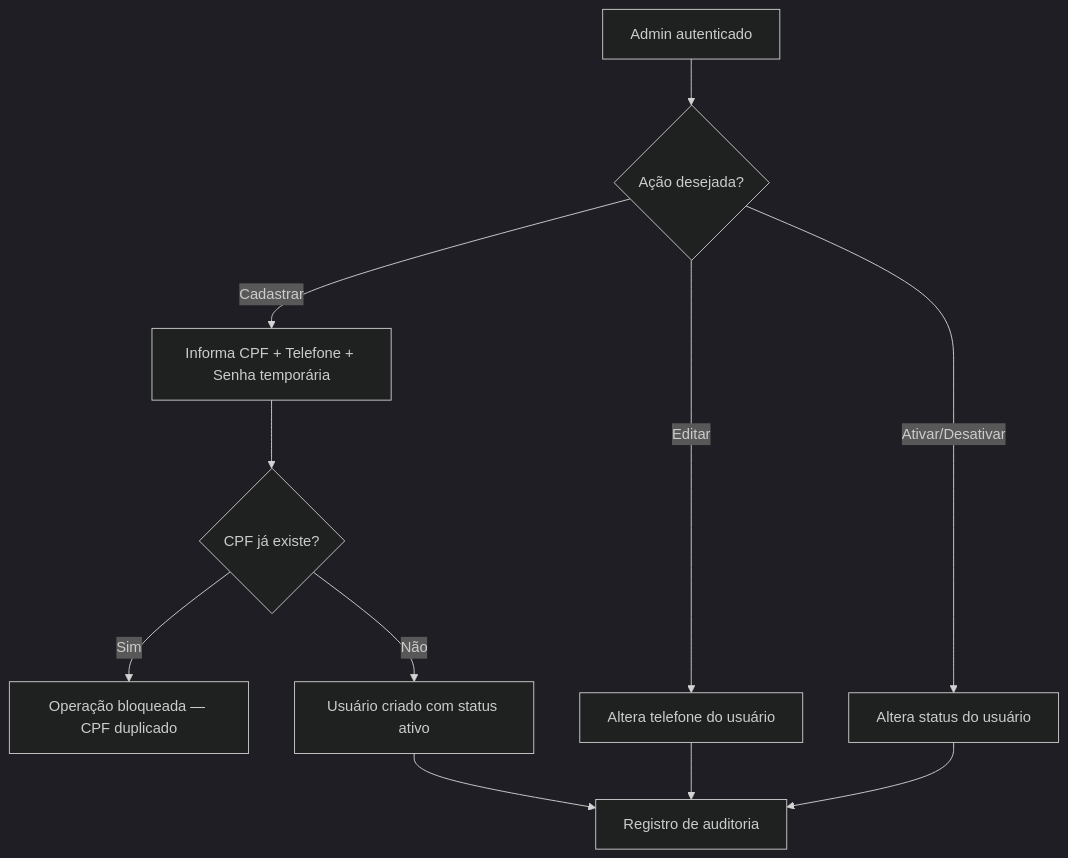
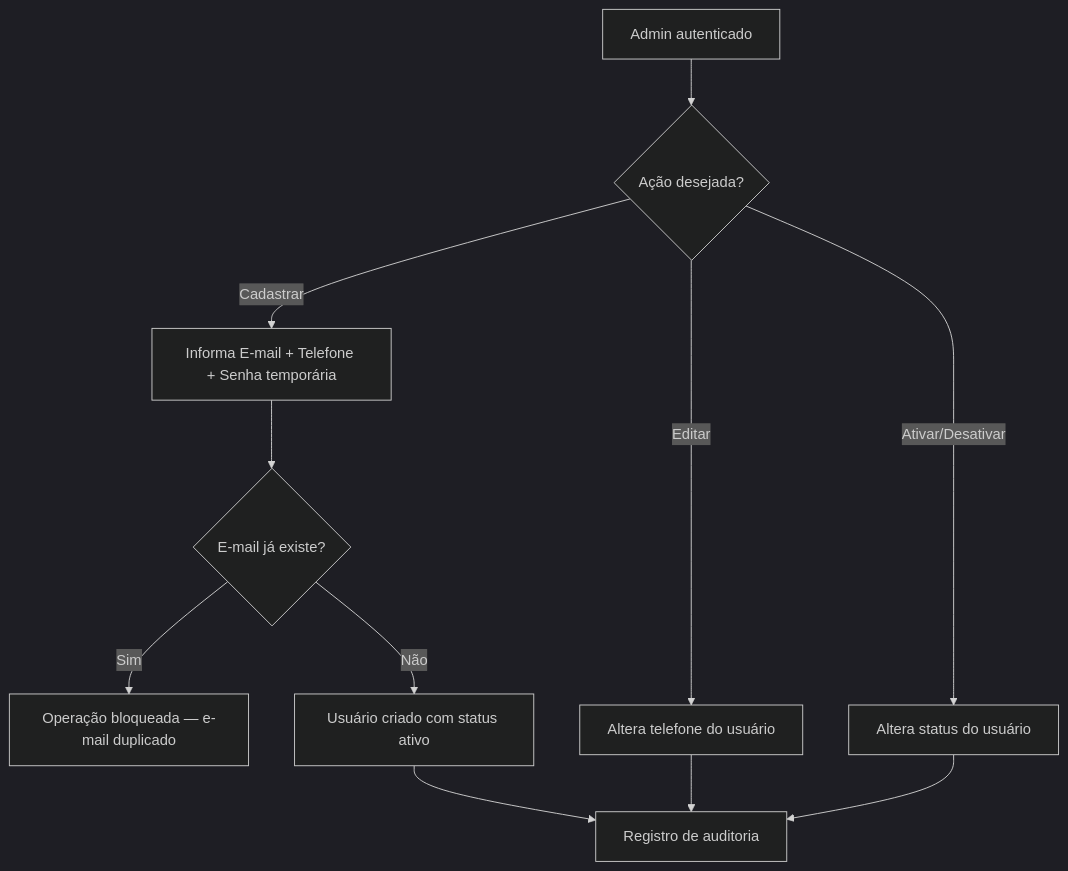
Before and after one commit to matheu5leone/karmaleoes-admin: the third of 4 diagrams in modules/AUTENTICACAO_LOGIN_CONTROLE_SESSAO/FLOWCHART.md, drawn with Mermaid (dark theme). The commit also changed other lines of this file and 10 other files, not shown here.

First line of the commit message:
docs: orçamento, revisões de spec e roadmap de desenvolvimento do Admin

````diff
--- a/modules/AUTENTICACAO_LOGIN_CONTROLE_SESSAO/FLOWCHART.md
+++ b/modules/AUTENTICACAO_LOGIN_CONTROLE_SESSAO/FLOWCHART.md
@@ -50,13 +50,13 @@
 ```mermaid
 flowchart TD
     A[Admin autenticado] --> B{Ação desejada?}
-    B -- Cadastrar --> C[Informa CPF + Telefone + Senha temporária]
-    C --> D{CPF já existe?}
-    D -- Sim --> E[Operação bloqueada — CPF duplicado]
+    B -- Cadastrar --> C[Informa E-mail + Telefone + Senha temporária]
+    C --> D{E-mail já existe?}
+    D -- Sim --> E[Operação bloqueada — e-mail duplicado]
     D -- Não --> F[Usuário criado com status ativo]
     F --> G[Registro de auditoria]
     B -- Editar --> H[Altera telefone do usuário]
     H --> G
     B -- Ativar/Desativar --> I[Altera status do usuário]
     I --> G
 ```
````
